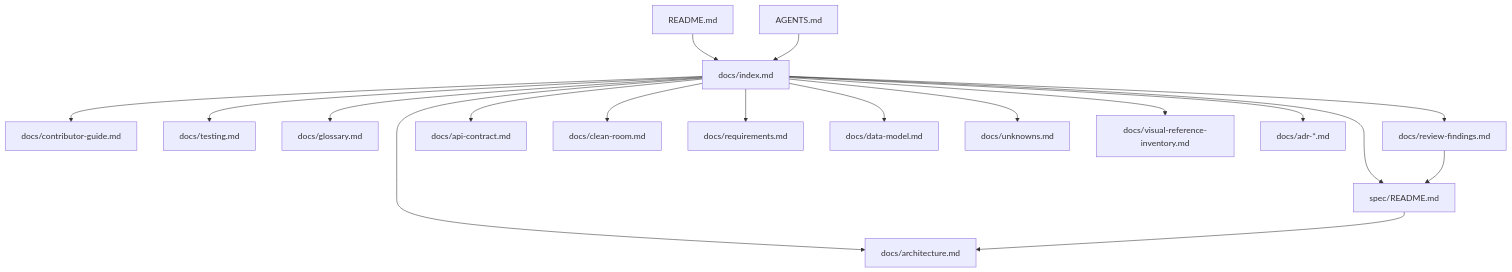
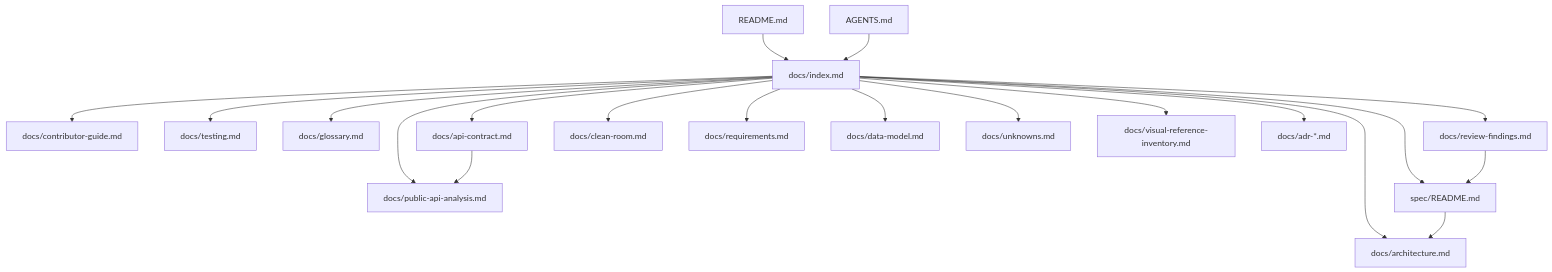
Before and after one commit to lunagcezar/ion-of-notes: the diagram in docs/index.md, drawn with Mermaid. The commit also changed other lines of this file and 30 other files, not shown here.

Commit message:
spec-030..037: public Notion API analysis and v2 roadmap

````diff
--- a/docs/index.md
+++ b/docs/index.md
@@ -40,20 +42,22 @@
 ```mermaid
 flowchart TD
     README[README.md] --> INDEX[docs/index.md]
     INDEX --> ARCH[docs/architecture.md]
     INDEX --> GUIDE[docs/contributor-guide.md]
     INDEX --> TEST[docs/testing.md]
     INDEX --> GLOSS[docs/glossary.md]
     INDEX --> REVIEW[docs/review-findings.md]
     INDEX --> API[docs/api-contract.md]
+    INDEX --> PUBLIC[docs/public-api-analysis.md]
+    API --> PUBLIC
     INDEX --> CLEAN[docs/clean-room.md]
     INDEX --> REQ[docs/requirements.md]
     INDEX --> DATA[docs/data-model.md]
     INDEX --> UNK[docs/unknowns.md]
     INDEX --> VIS[docs/visual-reference-inventory.md]
     INDEX --> ADR[docs/adr-*.md]
     INDEX --> SPECS[spec/README.md]
     AGENTS[AGENTS.md] --> INDEX
     SPECS --> ARCH
     REVIEW --> SPECS
 ```
````
